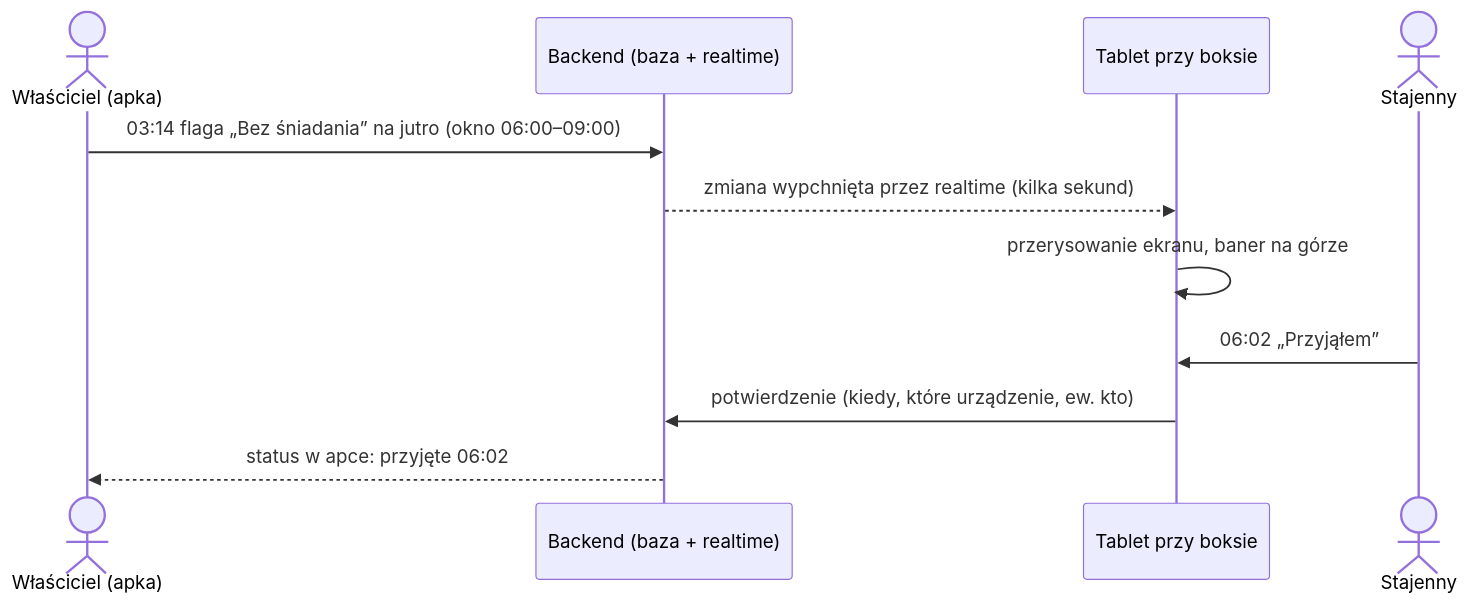
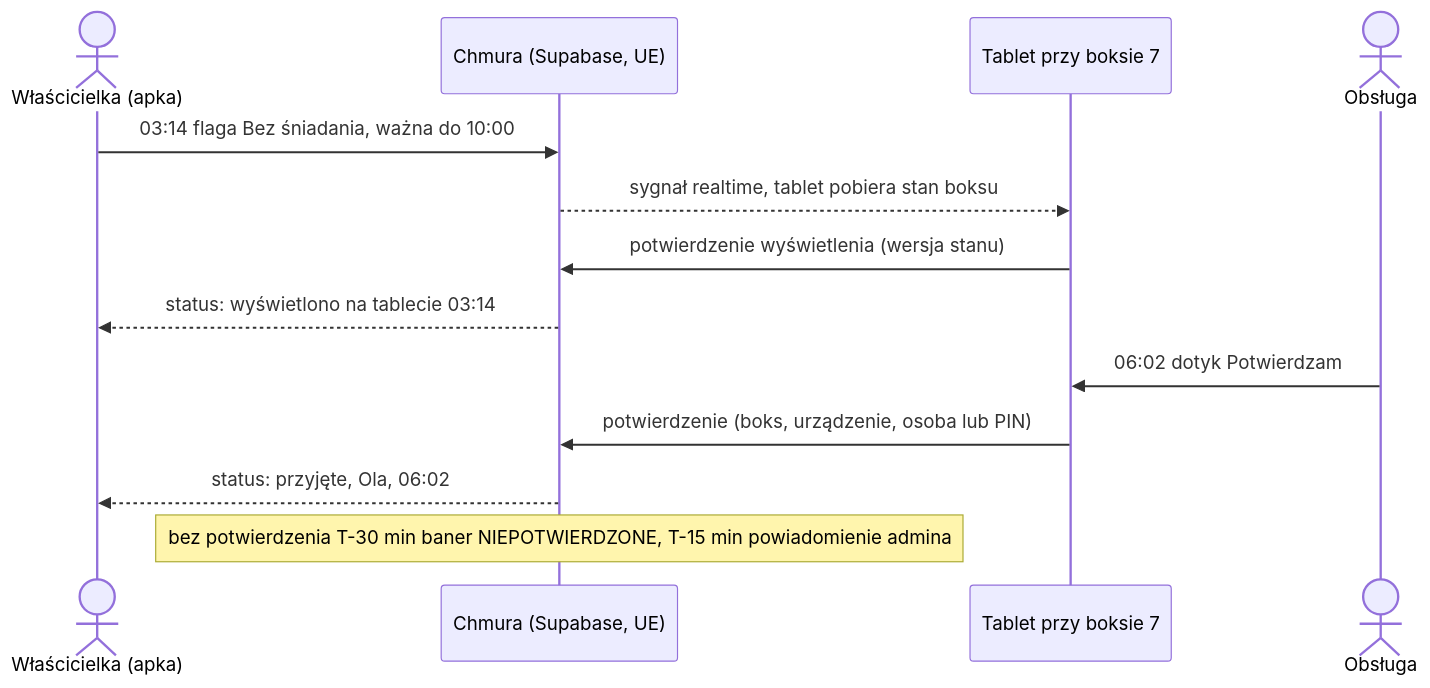
Before and after one commit to ClewlerStudent/KonskaAppka: the first of 4 diagrams in docs/analiza.md, drawn with Mermaid. The commit also changed other lines of this file, not shown here.

````diff
--- a/docs/analiza.md
+++ b/docs/analiza.md
@@ -28,13 +34,15 @@
 ```mermaid
 sequenceDiagram
-    actor W as Właściciel (apka)
-    participant S as Backend (baza + realtime)
-    participant T as Tablet przy boksie
-    actor O as Stajenny
-    W->>S: 03:14 flaga „Bez śniadania” na jutro (okno 06:00–09:00)
-    S-->>T: zmiana wypchnięta przez realtime (kilka sekund)
-    T->>T: przerysowanie ekranu, baner na górze
-    O->>T: 06:02 „Przyjąłem”
-    T->>S: potwierdzenie (kiedy, które urządzenie, ew. kto)
-    S-->>W: status w apce: przyjęte 06:02
+    actor W as Właścicielka (apka)
+    participant S as Chmura (Supabase, UE)
+    participant T as Tablet przy boksie 7
+    actor O as Obsługa
+    W->>S: 03:14 flaga Bez śniadania, ważna do 10:00
+    S-->>T: sygnał realtime, tablet pobiera stan boksu
+    T->>S: potwierdzenie wyświetlenia (wersja stanu)
+    S-->>W: status: wyświetlono na tablecie 03:14
+    O->>T: 06:02 dotyk Potwierdzam
+    T->>S: potwierdzenie (boks, urządzenie, osoba lub PIN)
+    S-->>W: status: przyjęte, Ola, 06:02
+    Note over S: bez potwierdzenia T-30 min baner NIEPOTWIERDZONE, T-15 min powiadomienie admina
 ```
````
